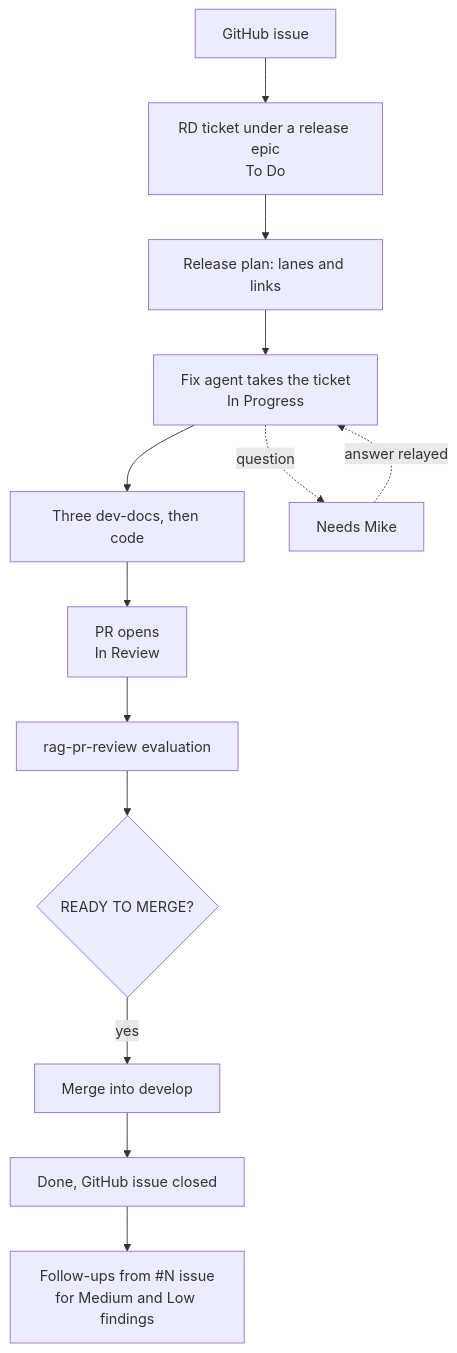
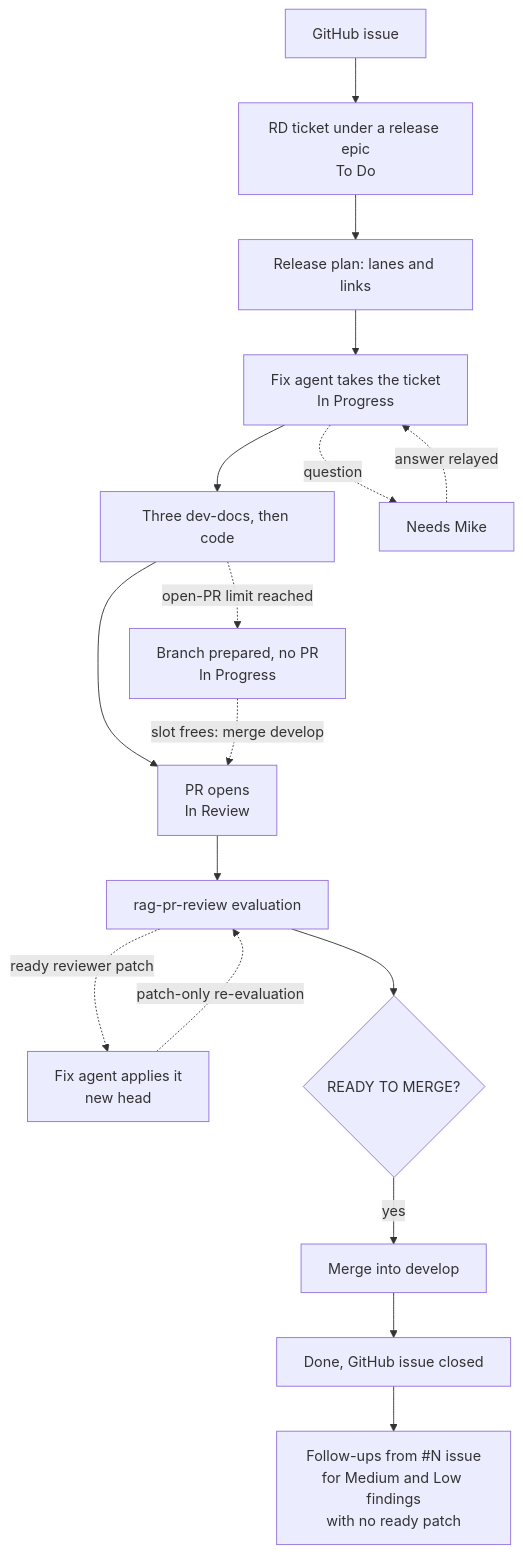
The diagram in docs/WORKFLOW.md (mikesilvers/rag-docker), drawn with Mermaid before and after one commit. The commit also changed other lines of this file, not shown here.

First line of the commit message:
docs/WORKFLOW.md: prepared branches, reviewer patches before merge, patch-only re-evaluation (#799)

````diff
--- a/docs/WORKFLOW.md
+++ b/docs/WORKFLOW.md
@@ -19,15 +19,19 @@
 ```mermaid
 flowchart TD
     A[GitHub issue] --> B[RD ticket under a release epic<br/>To Do]
     B --> C[Release plan: lanes and links]
     C --> D[Fix agent takes the ticket<br/>In Progress]
     D --> E[Three dev-docs, then code]
     E --> F[PR opens<br/>In Review]
+    E -. open-PR limit reached .-> P[Branch prepared, no PR<br/>In Progress]
+    P -. slot frees: merge develop .-> F
     F --> G[rag-pr-review evaluation]
+    G -. ready reviewer patch .-> R[Fix agent applies it<br/>new head]
+    R -. patch-only re-evaluation .-> G
     G --> H{READY TO MERGE?}
     H -- yes --> I[Merge into develop]
     I --> J[Done, GitHub issue closed]
-    J --> K["Follow-ups from #N issue<br/>for Medium and Low findings"]
+    J --> K["Follow-ups from #N issue<br/>for Medium and Low findings<br/>with no ready patch"]
     D -. question .-> M[Needs Mike]
     M -. answer relayed .-> D
 ```
````
